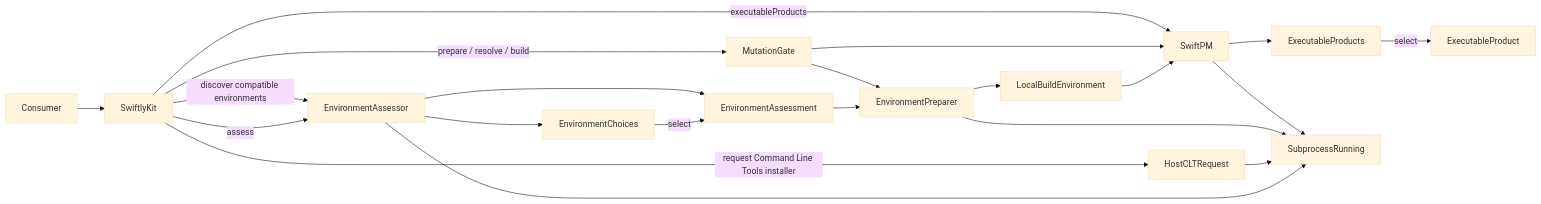
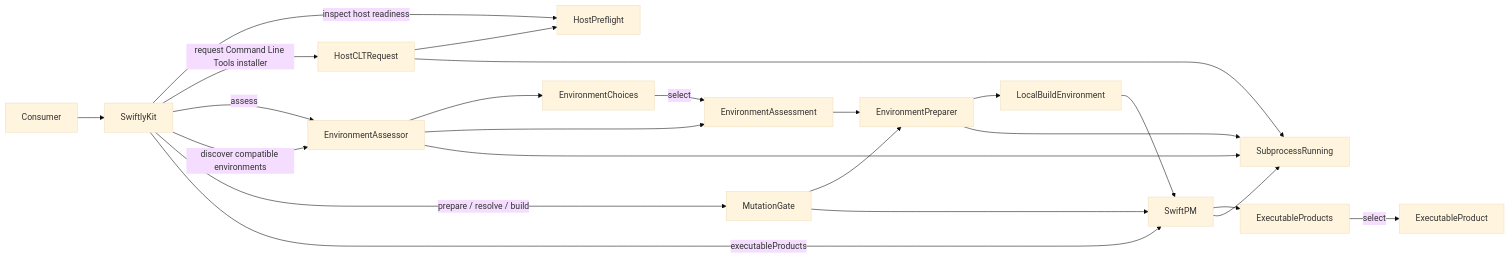
Before and after one commit to mottzi/SwiftlyKit: the diagram in Documentation/Architecture.md, drawn with Mermaid (base theme). The commit also changed other lines of this file and 5 other files, not shown here.

Commit message:
Expose host readiness inspection

````diff
--- a/Documentation/Architecture.md
+++ b/Documentation/Architecture.md
@@ -7,23 +7,25 @@
 ```mermaid
 flowchart LR
     Consumer --> Facade[SwiftlyKit]
+    Facade -->|inspect host readiness| Preflight[HostPreflight]
     Facade -->|request Command Line Tools installer| Requester[HostCLTRequest]
+    Requester --> Preflight
     Facade -->|assess| Assessor[EnvironmentAssessor]
     Facade -->|discover compatible environments| Assessor
     Assessor --> Choices[EnvironmentChoices]
     Choices -->|select| Assessment
     Assessor --> Assessment[EnvironmentAssessment]
     Assessment --> Preparer[EnvironmentPreparer]
     Preparer --> Environment[LocalBuildEnvironment]
     Environment --> SwiftPM
     SwiftPM --> Products[ExecutableProducts]
     Products -->|select| Product[ExecutableProduct]
     Facade -->|prepare / resolve / build| Gate[MutationGate]
     Gate --> Preparer
     Gate --> SwiftPM
     Facade -->|executableProducts| SwiftPM
     Assessor --> Subprocess[SubprocessRunning]
     Requester --> Subprocess
     Preparer --> Subprocess
     SwiftPM --> Subprocess
 ```
````
